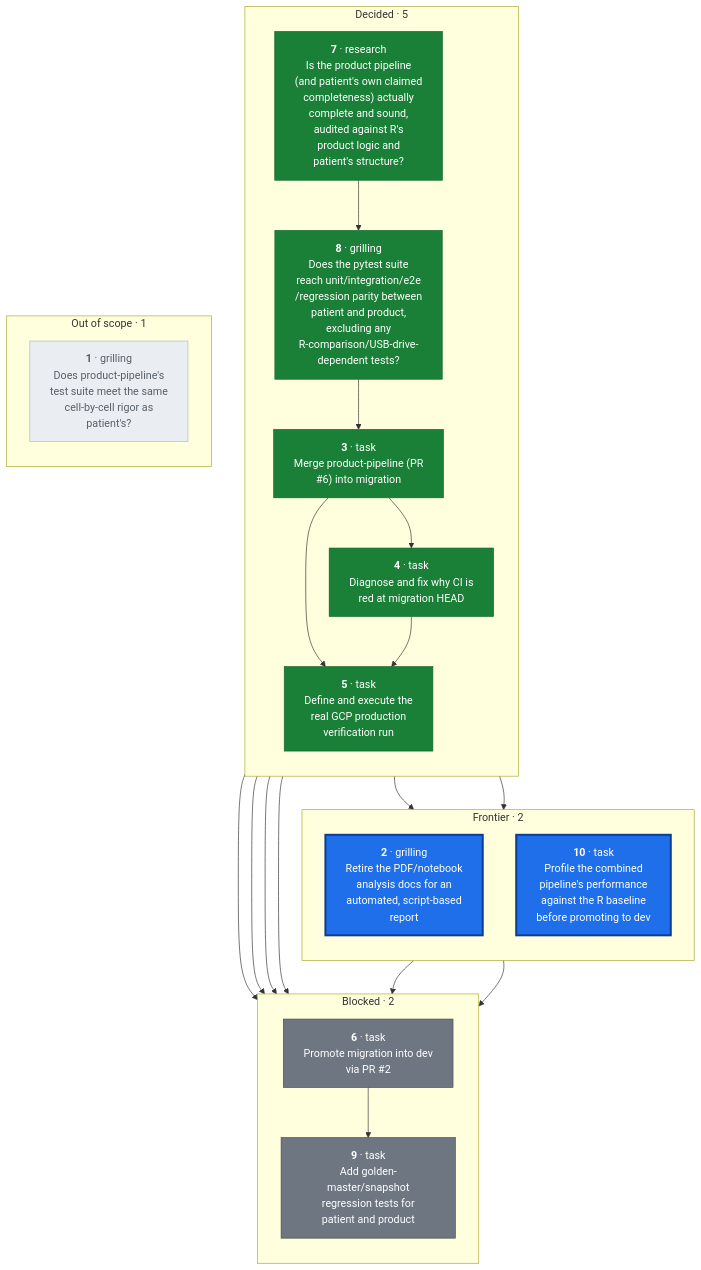
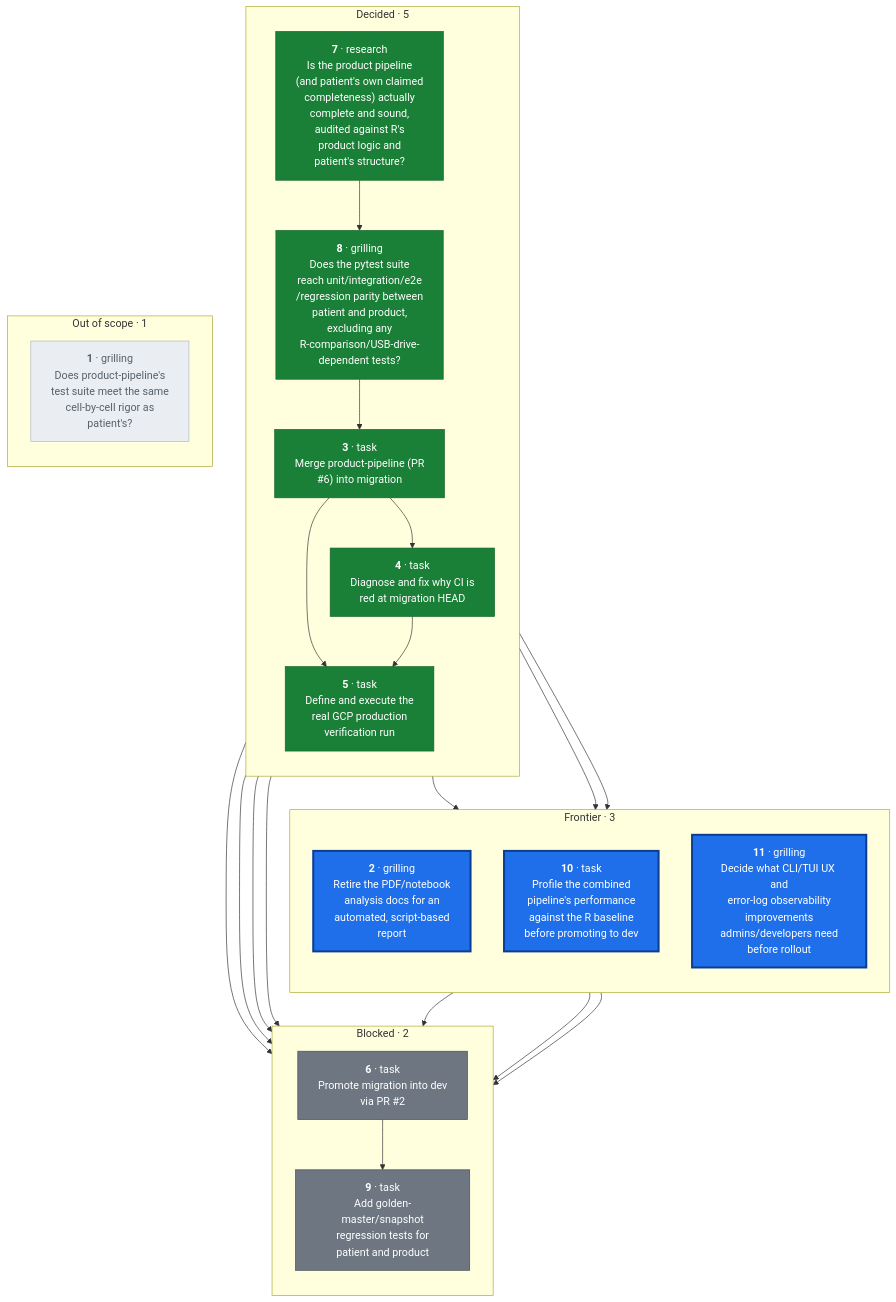
The first of 2 diagrams in docs/wayfinder/map.md (CorrelAid/a4d), drawn with Mermaid before and after one commit. The commit also changed other lines of this file and 6 other files, not shown here.

````diff
--- a/docs/wayfinder/map.md
+++ b/docs/wayfinder/map.md
@@ -23,49 +33,52 @@
 ```mermaid
 flowchart TD
-  subgraph FRONTIER["Frontier · 2"]
+  subgraph FRONTIER["Frontier · 3"]
     direction TB
     T2["<b>2</b> · grilling<br/>Retire the PDF/notebook<br/>analysis docs for an<br/>automated, script-based<br/>report"]
     T10["<b>10</b> · task<br/>Profile the combined<br/>pipeline's performance<br/>against the R baseline<br/>before promoting to dev"]
+    T11["<b>11</b> · grilling<br/>Decide what CLI/TUI UX and<br/>error-log observability<br/>improvements<br/>admins/developers need<br/>before rollout"]
   end
   subgraph BLOCKED["Blocked · 2"]
     direction TB
     T6["<b>6</b> · task<br/>Promote migration into dev<br/>via PR #2"]
     T9["<b>9</b> · task<br/>Add golden-master/snapshot<br/>regression tests for<br/>patient and product"]
   end
   subgraph DECIDED["Decided · 5"]
     direction TB
     T3["<b>3</b> · task<br/>Merge product-pipeline (PR<br/>#6) into migration"]
     T4["<b>4</b> · task<br/>Diagnose and fix why CI is<br/>red at migration HEAD"]
     T5["<b>5</b> · task<br/>Define and execute the<br/>real GCP production<br/>verification run"]
     T7["<b>7</b> · research<br/>Is the product pipeline<br/>(and patient's own claimed<br/>completeness) actually<br/>complete and sound,<br/>audited against R's<br/>product logic and<br/>patient's structure?"]
     T8["<b>8</b> · grilling<br/>Does the pytest suite<br/>reach unit/integration/e2e<br/>/regression parity between<br/>patient and product,<br/>excluding any<br/>R-comparison/USB-drive-<br/>dependent tests?"]
   end
   subgraph DROPPED["Out of scope · 1"]
     direction TB
     T1["<b>1</b> · grilling<br/>Does product-pipeline's<br/>test suite meet the same<br/>cell-by-cell rigor as<br/>patient's?"]
   end
 
   T2 --> T6
   T3 --> T2
   T3 --> T4
   T3 --> T5
   T3 --> T6
   T3 --> T10
+  T3 --> T11
   T4 --> T5
   T4 --> T6
   T5 --> T6
   T6 --> T9
   T7 --> T8
   T8 --> T3
   T8 --> T6
   T10 --> T6
+  T11 --> T6
 
   classDef frontier fill:#1f6feb,stroke:#0b3d91,stroke-width:3px,color:#ffffff
-  class T2,T10 frontier
+  class T2,T10,T11 frontier
   classDef blocked fill:#6e7781,stroke:#424a53,stroke-width:1px,color:#ffffff
   class T6,T9 blocked
   classDef decided fill:#1a7f37,stroke:#116329,stroke-width:1px,color:#ffffff
   class T3,T4,T5,T7,T8 decided
   classDef dropped fill:#eaeef2,stroke:#afb8c1,stroke-width:1px,color:#57606a
   class T1 dropped
 ```
````
